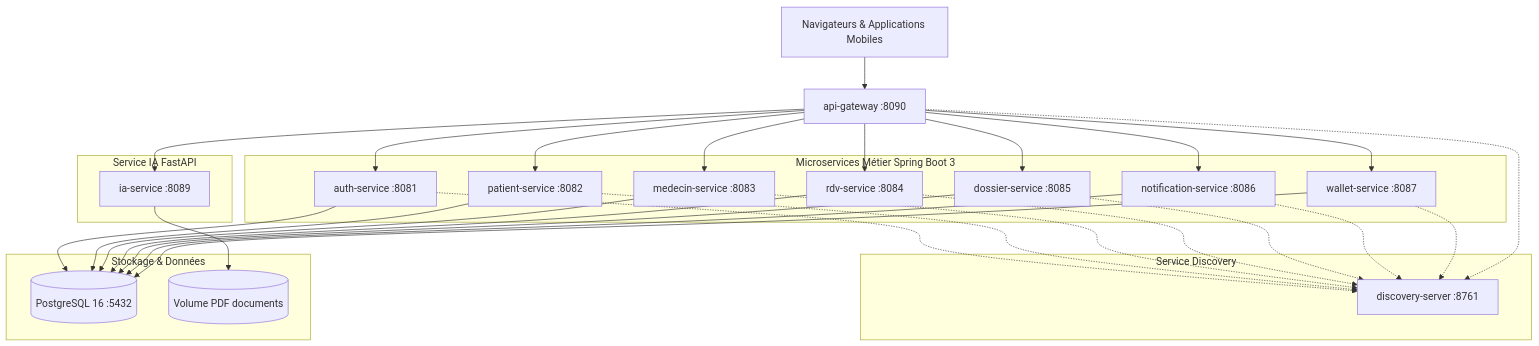
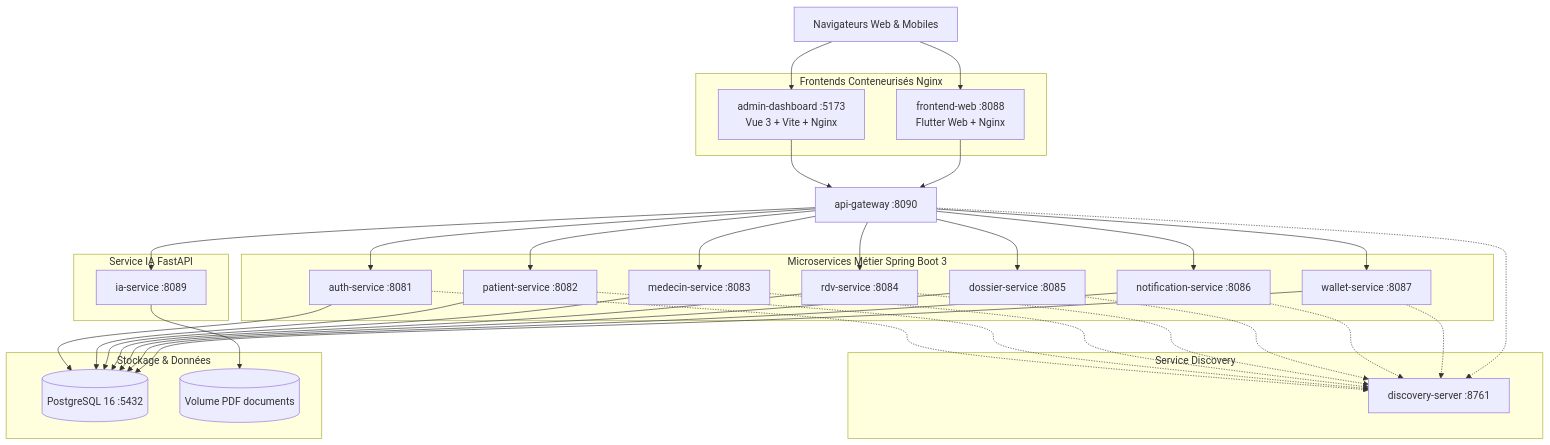
Before and after one commit to Soutenance-Simplon/back-end: the diagram in README.md, drawn with Mermaid. The commit also changed other lines of this file and 143 other files, not shown here.

````diff
--- a/README.md
+++ b/README.md
@@ -31,32 +33,40 @@
 ```mermaid
 graph TD
-    Client[Navigateurs & Applications Mobiles] --> Gateway[api-gateway :8090]
+    User[Navigateurs Web & Mobiles]
+    
+    subgraph Frontends Conteneurisés Nginx
+        AdminUI[admin-dashboard :5173<br/>Vue 3 + Vite + Nginx]
+        WebUI[frontend-web :8088<br/>Flutter Web + Nginx]
+    end
+
+    User --> AdminUI & WebUI
+    AdminUI & WebUI --> Gateway[api-gateway :8090]
     
     subgraph Service Discovery
         Eureka[discovery-server :8761]
     end
 
     subgraph Microservices Métier Spring Boot 3
         Auth[auth-service :8081]
         Patient[patient-service :8082]
         Medecin[medecin-service :8083]
         RDV[rdv-service :8084]
         Dossier[dossier-service :8085]
         Notif[notification-service :8086]
         Wallet[wallet-service :8087]
     end
 
     subgraph Service IA FastAPI
         IA[ia-service :8089]
     end
 
     subgraph Stockage & Données
         DB[(PostgreSQL 16 :5432)]
         DocVol[(Volume PDF documents)]
     end
 
     Gateway --> Auth & Patient & Medecin & RDV & Dossier & Notif & Wallet & IA
     Auth & Patient & Medecin & RDV & Dossier & Notif & Wallet --> DB
     IA --> DocVol
     Auth & Patient & Medecin & RDV & Dossier & Notif & Wallet & Gateway -.-> Eureka
 ```
````
